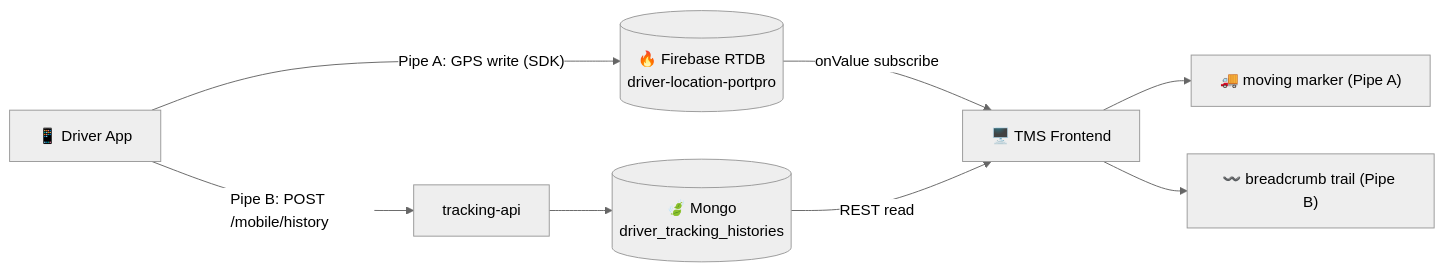
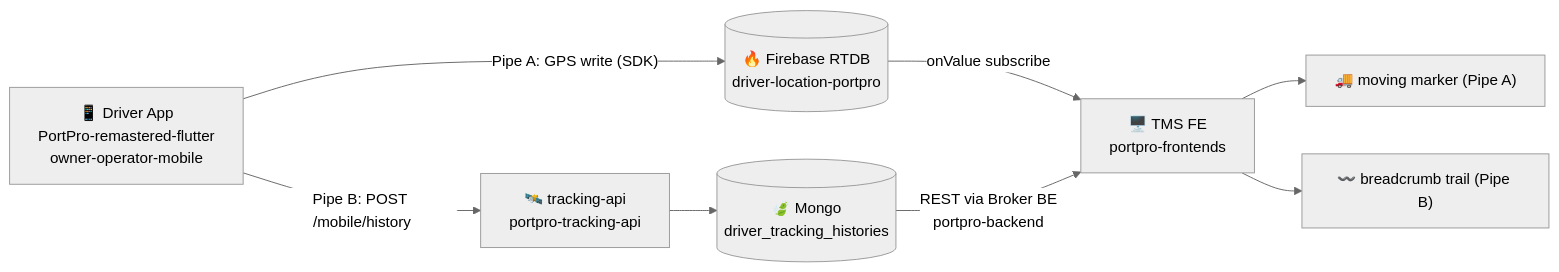
The first of 4 diagrams in raw/Live Tracking Architecture/00 - Firebase Tracking Overview.md (lamadev7/Obsidian-Vault), drawn with Mermaid (neutral theme) before and after one commit. The commit also changed 2 other files, not shown here.

Commit message:
Name repos in tracking diagrams: FE→BE→Customer Public API→Drayos BE hop chain

````diff
--- a/raw/Live Tracking Architecture/00 - Firebase Tracking Overview.md
+++ b/raw/Live Tracking Architecture/00 - Firebase Tracking Overview.md
@@ -20,11 +20,11 @@
 ```mermaid
 flowchart LR
-  App["📱 Driver App"]
+  App["📱 Driver App<br/>PortPro-remastered-flutter<br/>owner-operator-mobile"]
   App -->|"Pipe A: GPS write (SDK)"| FB[("🔥 Firebase RTDB<br/>driver-location-portpro")]
-  App -->|"Pipe B: POST /mobile/history"| TA["tracking-api"]
+  App -->|"Pipe B: POST /mobile/history"| TA["🛰️ tracking-api<br/>portpro-tracking-api"]
   TA --> M[("🍃 Mongo<br/>driver_tracking_histories")]
-  FB -->|"onValue subscribe"| FE["🖥️ TMS Frontend"]
-  M -->|"REST read"| FE
+  FB -->|"onValue subscribe"| FE["🖥️ TMS FE<br/>portpro-frontends"]
+  M -->|"REST via Broker BE<br/>portpro-backend"| FE
   FE --> Marker["🚚 moving marker (Pipe A)"]
   FE --> Trail["〰️ breadcrumb trail (Pipe B)"]
 ```
````
